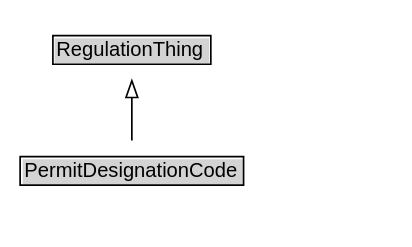
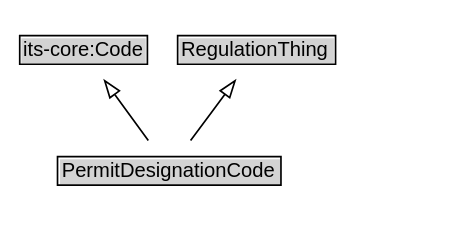
Before and after one commit to k-vaughn/ontology-its-regulation: the diagram in docs/diagrams/PermitDesignationCode.dot, drawn with Graphviz. The commit also changed 40 other files, not shown here.

```diff
--- a/docs/diagrams/PermitDesignationCode.dot
+++ b/docs/diagrams/PermitDesignationCode.dot
@@ -1,19 +1,21 @@
 // Diagram for PermitDesignationCode
 digraph {
 	graph [overlap=false rankdir=TB splines=true]
 	node [fontname=Arial fontsize=12 margin=0 shape=none]
 	edge [fontname=Arial fontsize=11]
 	{
 		rank=source
+		"its-core_Code" [label=<<TABLE BORDER="1" CELLBORDER="0" CELLSPACING="0" CELLPADDING="1"><TR><TD BGCOLOR="lightgray" ALIGN="CENTER">its-core:Code</TD></TR></TABLE>> URL="https://w3id.org/itsdata/core/v1/Code" margin=0]
 		RegulationThing [label=<<TABLE BORDER="1" CELLBORDER="0" CELLSPACING="0" CELLPADDING="1"><TR><TD BGCOLOR="lightgray" ALIGN="CENTER">RegulationThing</TD></TR></TABLE>> URL="../RegulationThing" margin=0]
 	}
 	PermitDesignationCode [label=<<TABLE BORDER="1" CELLBORDER="0" CELLSPACING="0" CELLPADDING="1"><TR><TD BGCOLOR="lightgray" ALIGN="CENTER">PermitDesignationCode</TD></TR></TABLE>> URL="../PermitDesignationCode" margin=0]
 	{
 		rank=max
 	}
 	subgraph cluster_associated {
 		label="" style=invis
 		Invis [label=<<TABLE BORDER="0" CELLBORDER="0" CELLSPACING="0" CELLPADDING="1"><TR><TD></TD></TR></TABLE>> margin=0 style=invis]
 	}
+	PermitDesignationCode -> "its-core_Code" [arrowhead=onormal style=solid]
 	PermitDesignationCode -> RegulationThing [arrowhead=onormal style=solid]
 }
```
